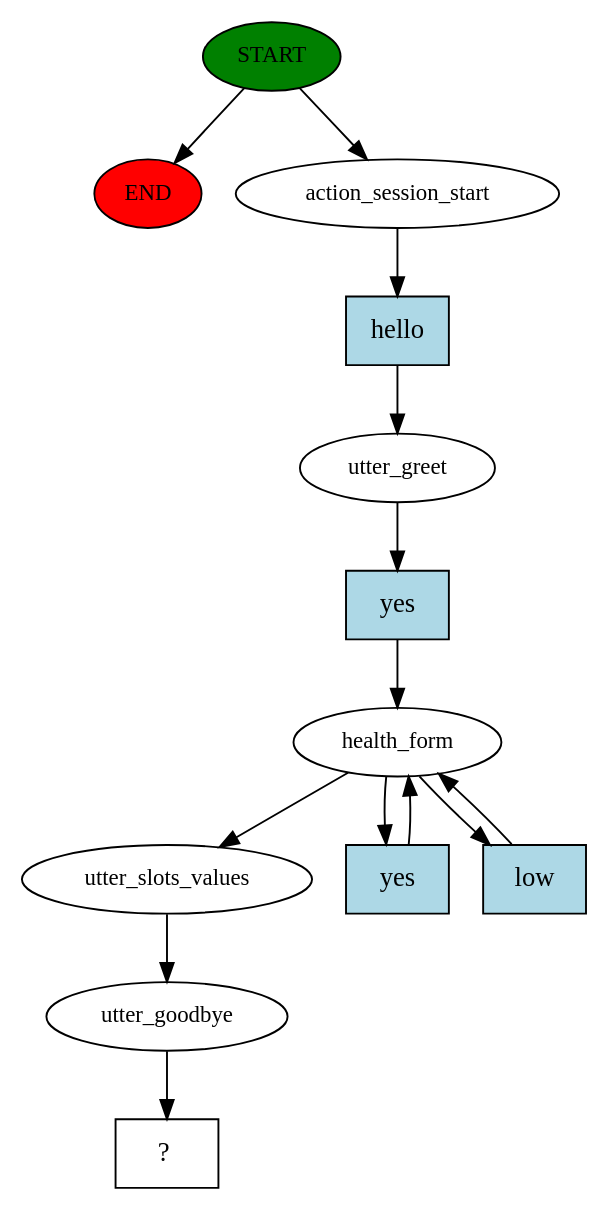
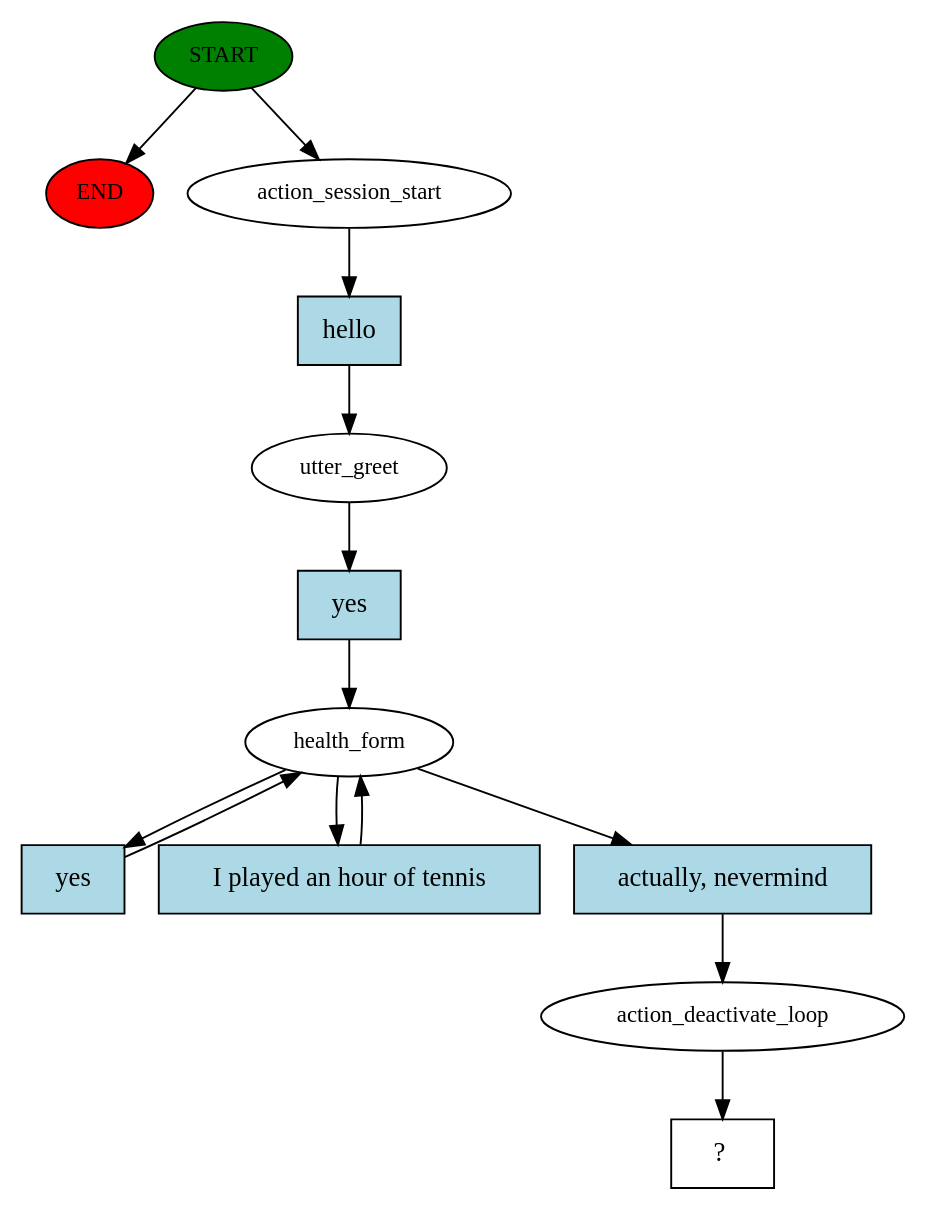
One commit to waviousmontavious/rasa-beginner-tutorial changed the diagram in story_graph.dot. Above: the diagram before and after it, drawn with Graphviz. The commit also changed 5 other files, not shown here.

```diff
--- a/story_graph.dot
+++ b/story_graph.dot
@@ -1,27 +1,27 @@
 digraph  {
 0 [class="start active", fillcolor=green, fontsize=12, label=START, style=filled];
 "-1" [class=end, fillcolor=red, fontsize=12, label=END, style=filled];
 1 [class=active, fontsize=12, label=action_session_start];
 2 [class=active, fontsize=12, label=utter_greet];
 3 [class=active, fontsize=12, label=health_form];
-8 [class=active, fontsize=12, label=utter_slots_values];
-9 [class=active, fontsize=12, label=utter_goodbye];
-10 [class="intent dashed active", label="  ?  ", shape=rect];
-11 [class="intent active", fillcolor=lightblue, label=hello, shape=rect, style=filled];
-12 [class="intent active", fillcolor=lightblue, label=yes, shape=rect, style=filled];
-13 [class="intent active", fillcolor=lightblue, label=yes, shape=rect, style=filled];
-14 [class="intent active", fillcolor=lightblue, label=low, shape=rect, style=filled];
+6 [class=active, fontsize=12, label=action_deactivate_loop];
+7 [class="intent dashed active", label="  ?  ", shape=rect];
+8 [class="intent active", fillcolor=lightblue, label=hello, shape=rect, style=filled];
+9 [class="intent active", fillcolor=lightblue, label=yes, shape=rect, style=filled];
+10 [class="intent active", fillcolor=lightblue, label=yes, shape=rect, style=filled];
+11 [class="intent active", fillcolor=lightblue, label="I played an hour of tennis", shape=rect, style=filled];
+12 [class="intent active", fillcolor=lightblue, label="actually, nevermind", shape=rect, style=filled];
 0 -> "-1"  [class="", key=NONE, label=""];
 0 -> 1  [class=active, key=NONE, label=""];
-1 -> 11  [class=active, key=0];
-2 -> 12  [class=active, key=0];
-3 -> 8  [class=active, key=NONE, label=""];
-3 -> 13  [class=active, key=0];
-3 -> 14  [class=active, key=0];
-8 -> 9  [class=active, key=NONE, label=""];
-9 -> 10  [class=active, key=NONE, label=""];
-11 -> 2  [class=active, key=0];
-12 -> 3  [class=active, key=0];
-13 -> 3  [class=active, key=0];
-14 -> 3  [class=active, key=0];
+1 -> 8  [class=active, key=0];
+2 -> 9  [class=active, key=0];
+3 -> 10  [class=active, key=0];
+3 -> 11  [class=active, key=0];
+3 -> 12  [class=active, key=0];
+6 -> 7  [class=active, key=NONE, label=""];
+8 -> 2  [class=active, key=0];
+9 -> 3  [class=active, key=0];
+10 -> 3  [class=active, key=0];
+11 -> 3  [class=active, key=0];
+12 -> 6  [class=active, key=0];
 }
```
